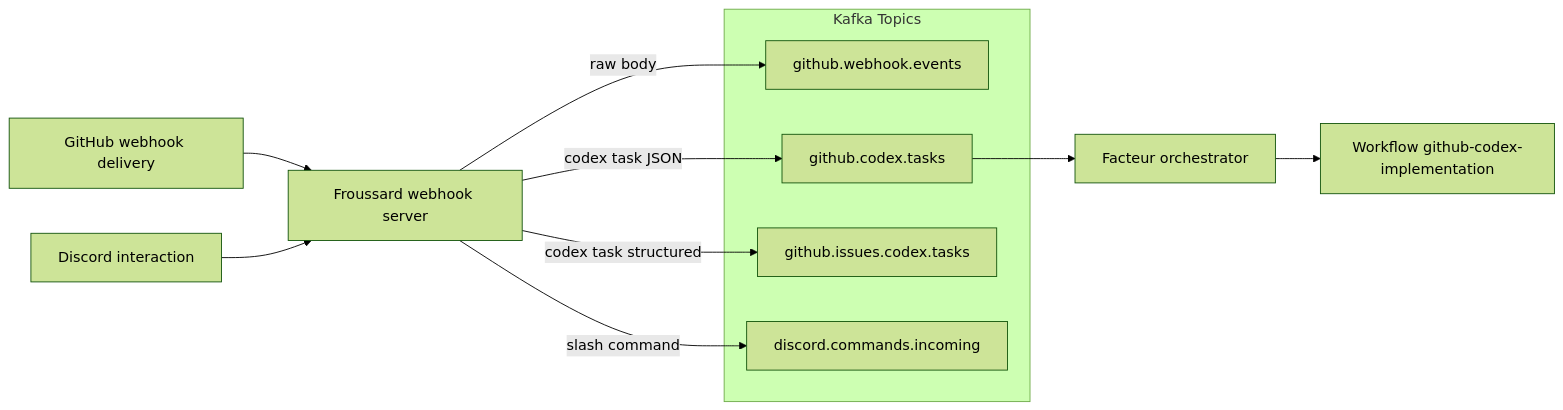
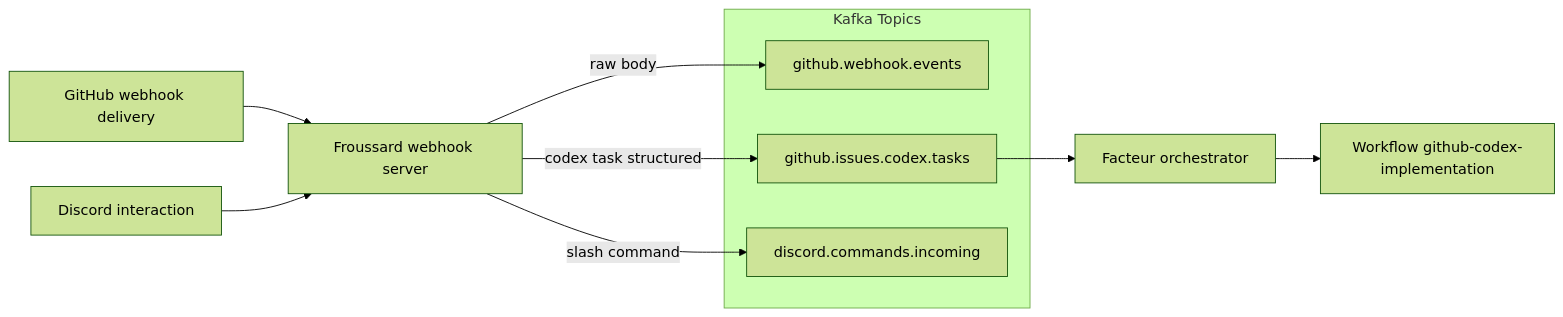
Before and after one commit to proompteng/lab: the diagram in apps/froussard/README.md, drawn with Mermaid (forest theme). The commit also changed other lines of this file and 22 other files, not shown here.

Commit message:
refactor: drop codex json topic

````diff
--- a/apps/froussard/README.md
+++ b/apps/froussard/README.md
@@ -10,17 +10,15 @@
 ```mermaid
 flowchart LR
   GH[GitHub webhook delivery] --> Froussard[Froussard webhook server]
   Discord[Discord interaction] --> Froussard
   subgraph Kafka Topics
     Raw[github.webhook.events]
-    Tasks[github.codex.tasks]
     Structured[github.issues.codex.tasks]
     DiscordTopic[discord.commands.incoming]
   end
   Froussard -->|raw body| Raw
-  Froussard -->|codex task JSON| Tasks
   Froussard -->|codex task structured| Structured
   Froussard -->|slash command| DiscordTopic
-  Tasks --> Facteur[Facteur orchestrator]
+  Structured --> Facteur[Facteur orchestrator]
   Facteur --> Implementation[Workflow github-codex-implementation]
 ```
````
